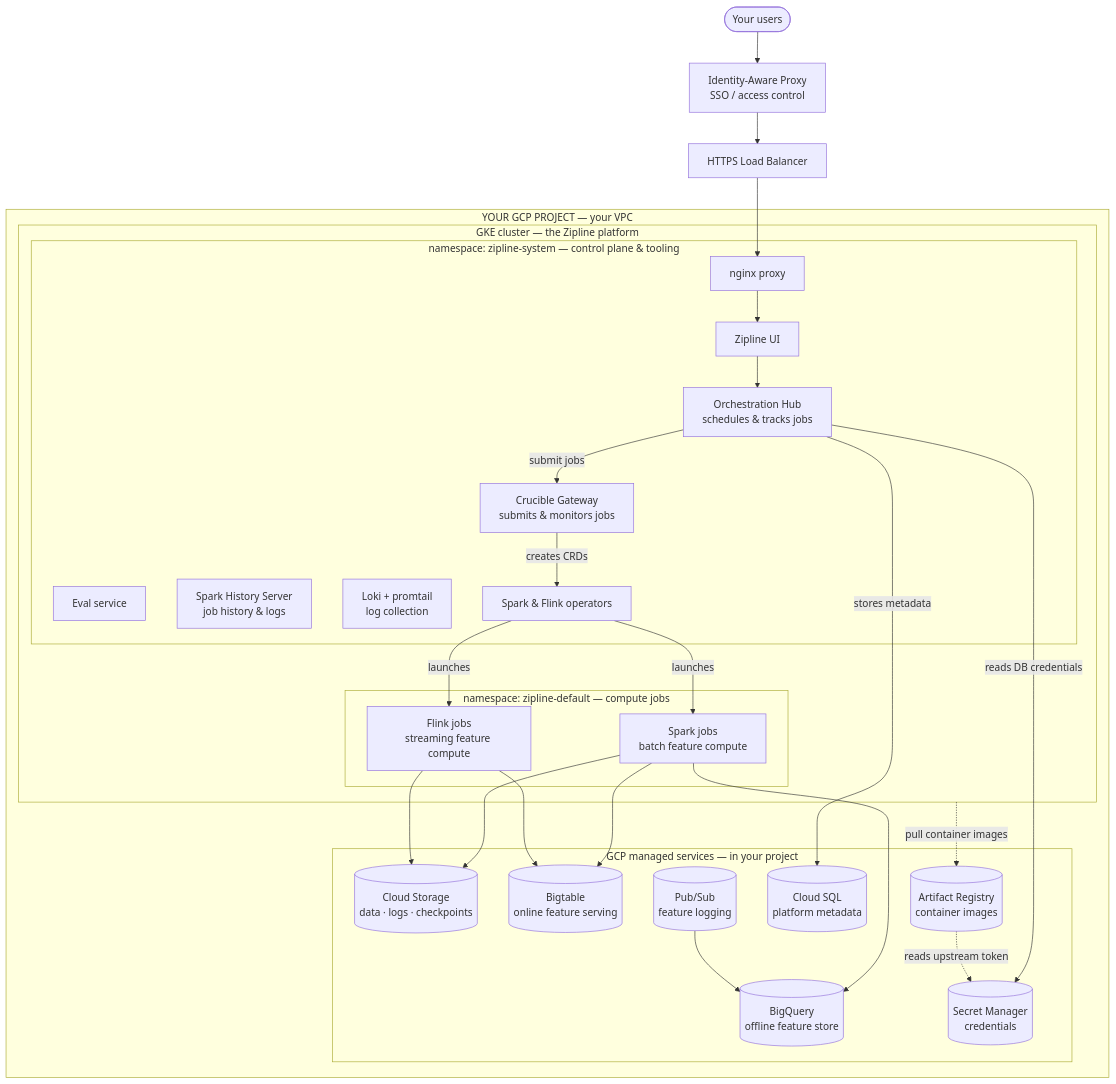
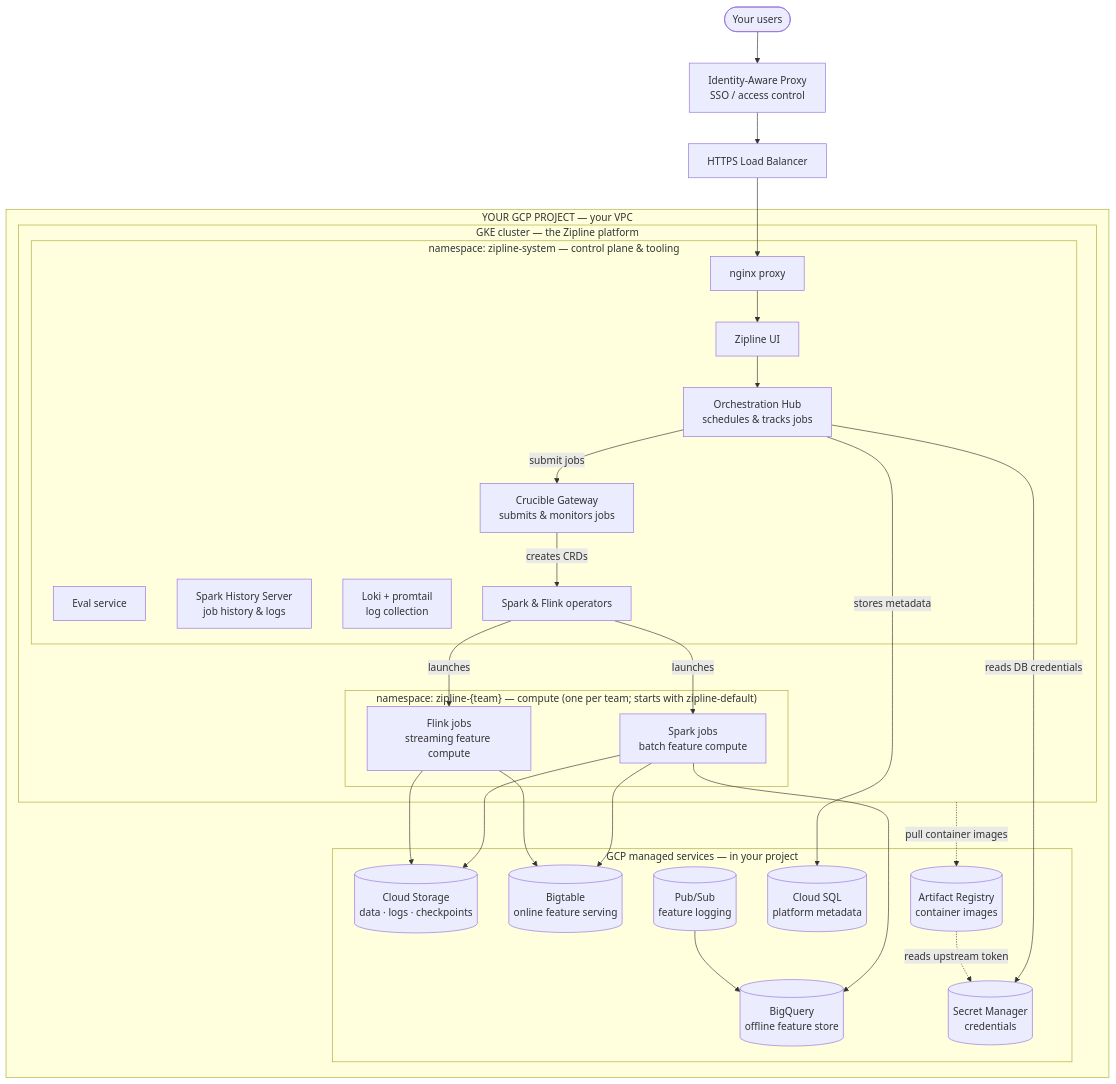
Before and after one commit to zipline-ai/infra-gcp-prod: the diagram in docs/architecture-gcp.md, drawn with Mermaid. The commit also changed other lines of this file, not shown here.

First line of the commit message:
docs: document per-team dynamic compute namespaces

````diff
--- a/docs/architecture-gcp.md
+++ b/docs/architecture-gcp.md
@@ -16,57 +16,57 @@
 ```mermaid
 flowchart TB
   users([Your users])
   iap[Identity-Aware Proxy<br/>SSO / access control]
   lb[HTTPS Load Balancer]
   users --> iap --> lb
 
   subgraph project["YOUR GCP PROJECT — your VPC"]
     subgraph GKE["GKE cluster — the Zipline platform"]
       subgraph sys["namespace: zipline-system — control plane & tooling"]
         nginx[nginx proxy]
         ui[Zipline UI]
         hub[Orchestration Hub<br/>schedules & tracks jobs]
         eval[Eval service]
         shs[Spark History Server<br/>job history & logs]
         logs[Loki + promtail<br/>log collection]
         gw[Crucible Gateway<br/>submits & monitors jobs]
         ops[Spark & Flink operators]
       end
-      subgraph compute["namespace: zipline-default — compute jobs"]
+      subgraph compute["namespace: zipline-{team} — compute (one per team; starts with zipline-default)"]
         spark[Spark jobs<br/>batch feature compute]
         flink[Flink jobs<br/>streaming feature compute]
       end
     end
 
     subgraph gcp["GCP managed services — in your project"]
       gcs[(Cloud Storage<br/>data · logs · checkpoints)]
       bq[(BigQuery<br/>offline feature store)]
       bt[(Bigtable<br/>online feature serving)]
       ps[(Pub/Sub<br/>feature logging)]
       sql[(Cloud SQL<br/>platform metadata)]
       ar[(Artifact Registry<br/>container images)]
       sm[(Secret Manager<br/>credentials)]
     end
   end
 
   lb --> nginx
   nginx --> ui --> hub
   hub -->|submit jobs| gw
   gw -->|creates CRDs| ops
   ops -->|launches| spark
   ops -->|launches| flink
 
   %% platform data & credentials
   hub -->|stores metadata| sql
   hub -->|reads DB credentials| sm
   GKE -. pull container images .-> ar
   ar -. reads upstream token .-> sm
 
   %% compute data flows
   spark --> gcs
   spark --> bq
   spark --> bt
   flink --> gcs
   flink --> bt
   ps --> bq
 ```
````
